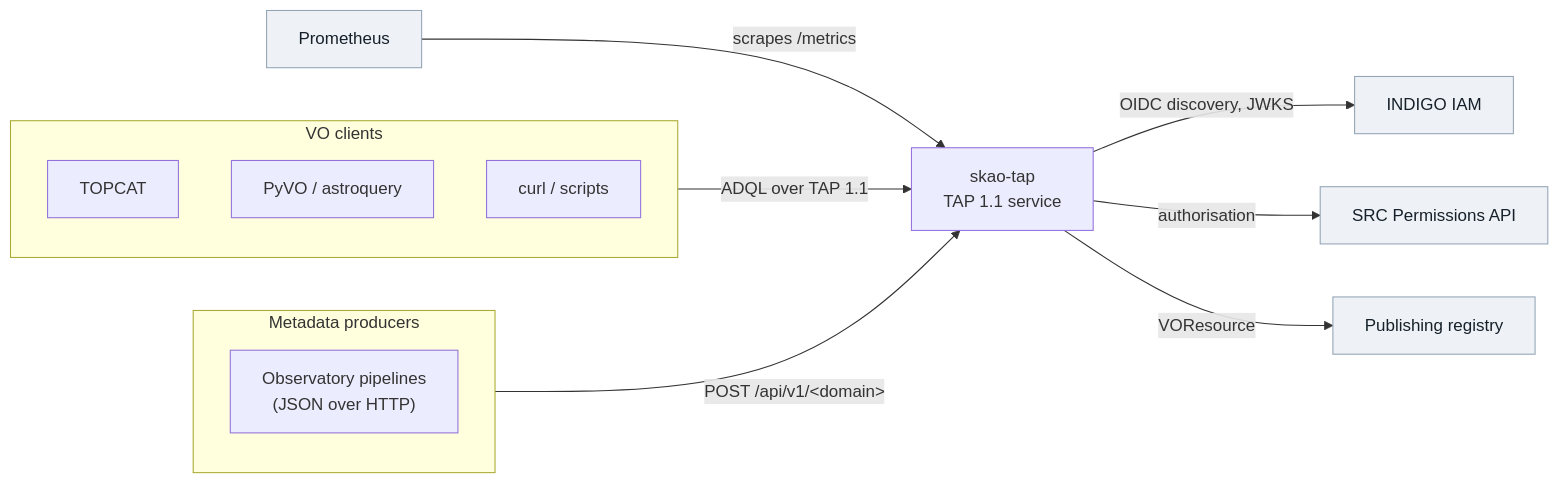
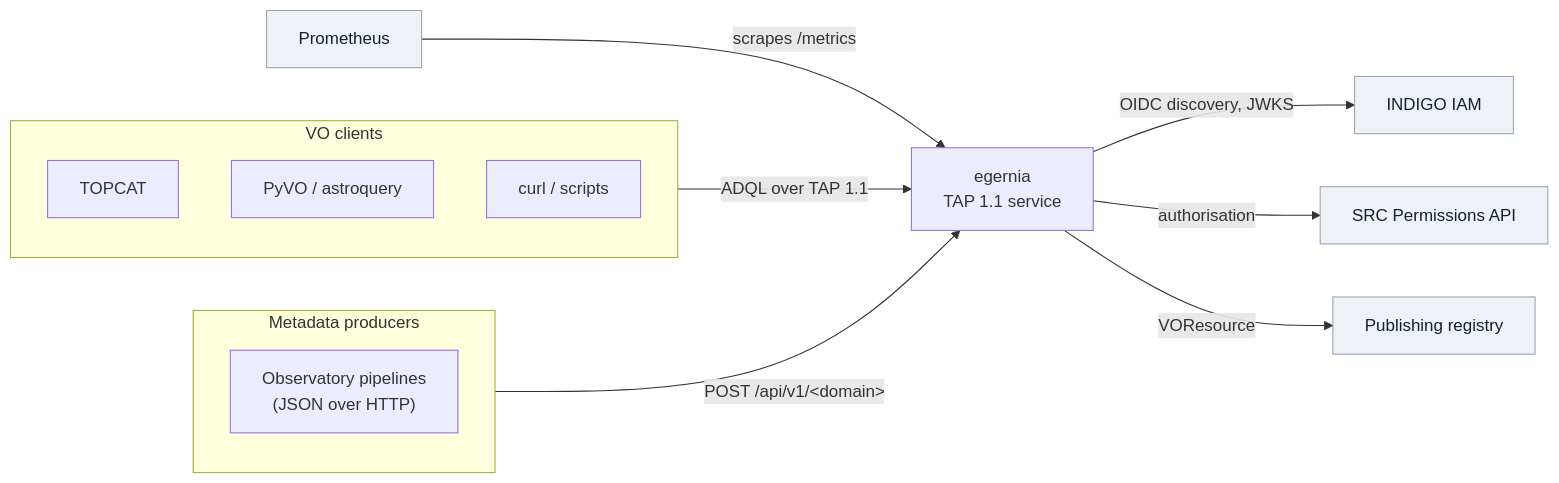
Before and after one commit to MicheleDelliVeneri/skao-tap: the first of 10 diagrams in docs/architecture.md, drawn with Mermaid. The commit also changed other lines of this file and 240 other files, not shown here.

````diff
--- a/docs/architecture.md
+++ b/docs/architecture.md
@@ -12,24 +12,24 @@
 ```mermaid
 graph LR
     subgraph clients["VO clients"]
         topcat["TOPCAT"]
         pyvo["PyVO / astroquery"]
         curl["curl / scripts"]
     end
     subgraph producers["Metadata producers"]
         ingest["Observatory pipelines<br/>(JSON over HTTP)"]
     end
 
     clients -->|"ADQL over TAP 1.1"| api
     producers -->|"POST /api/v1/&lt;domain&gt;"| api
 
-    api["skao-tap<br/>TAP 1.1 service"]
+    api["egernia<br/>TAP 1.1 service"]
 
     api -->|"OIDC discovery, JWKS"| iam["INDIGO IAM"]
     api -->|"authorisation"| papi["SRC Permissions API"]
     api -->|"VOResource"| registry["Publishing registry"]
     prom["Prometheus"] -->|"scrapes /metrics"| api
 
     classDef ext fill:#eef2f6,stroke:#93a4b5,color:#16202a
     class iam,papi,registry,prom ext
 ```
````
